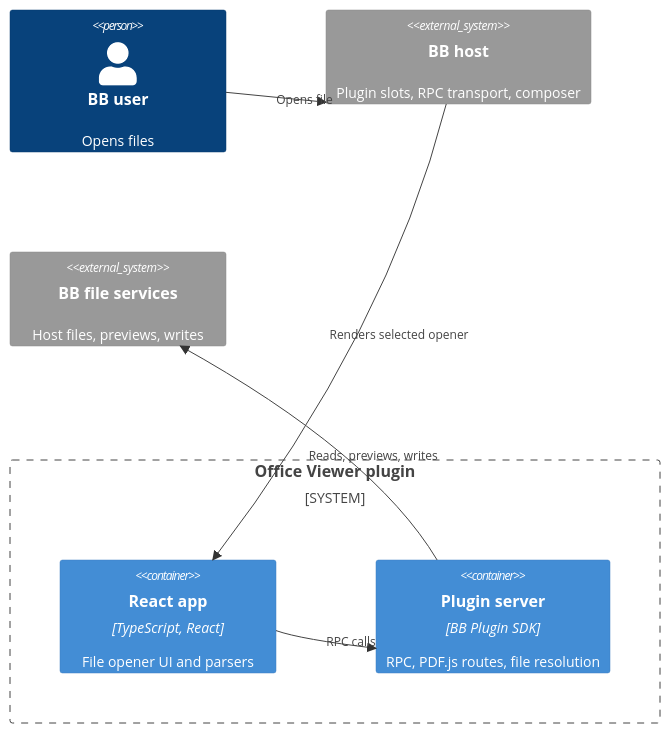
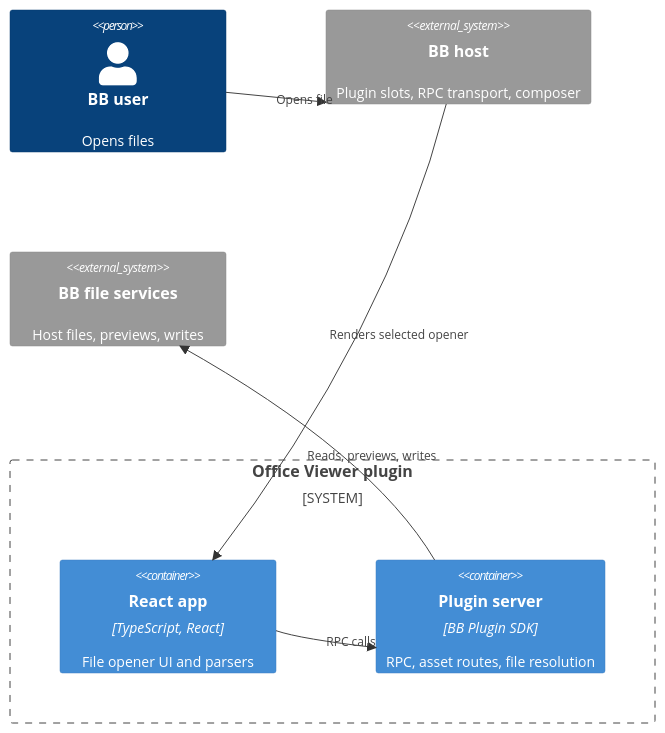
One commit to VKirill/bb-plugin-office-viewer changed the second of 4 diagrams in docs/architecture.md. Above: the diagram before and after it, drawn with Mermaid. The commit also changed other lines of this file and 9 other files, not shown here.

````diff
--- a/docs/architecture.md
+++ b/docs/architecture.md
@@ -41,14 +43,14 @@
 ```mermaid
 C4Container
   Person(user, "BB user", "Opens files")
   System_Boundary(plugin, "Office Viewer plugin") {
     Container(app, "React app", "TypeScript, React", "File opener UI and parsers")
-    Container(server, "Plugin server", "BB Plugin SDK", "RPC, PDF.js routes, file resolution")
+    Container(server, "Plugin server", "BB Plugin SDK", "RPC, asset routes, file resolution")
   }
   System_Ext(bb, "BB host", "Plugin slots, RPC transport, composer")
   System_Ext(files, "BB file services", "Host files, previews, writes")
   Rel(user, bb, "Opens file")
   Rel(bb, app, "Renders selected opener")
   Rel(app, server, "RPC calls")
   Rel(server, files, "Reads, previews, writes")
 ```
````
